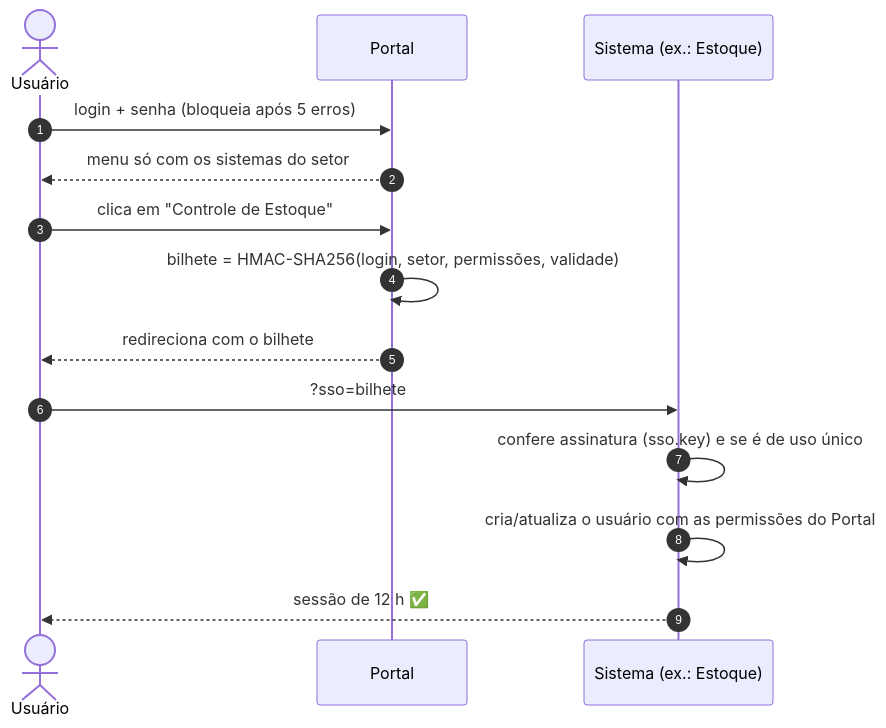
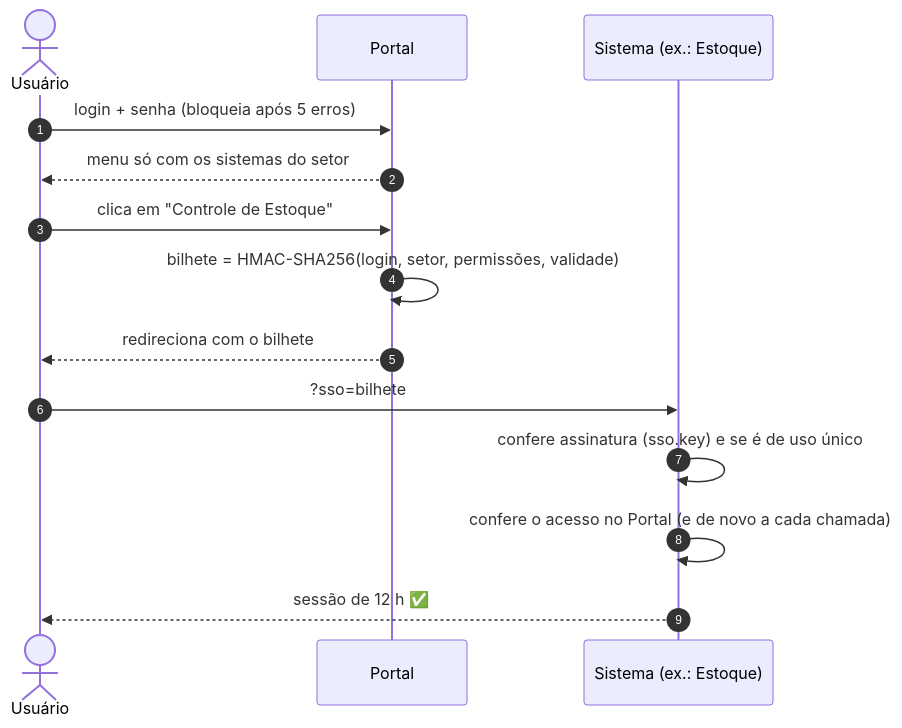
The second of 6 diagrams in profile/README.md (Grupo-Feheros/.github), drawn with Mermaid before and after one commit. The commit also changed other lines of this file, not shown here.

Commit message:
README: o Portal é a central de usuários e acessos

````diff
--- a/profile/README.md
+++ b/profile/README.md
@@ -112,16 +112,16 @@
 ```mermaid
 sequenceDiagram
     autonumber
     actor U as Usuário
     participant P as Portal
     participant S as Sistema (ex.: Estoque)
     U->>P: login + senha (bloqueia após 5 erros)
     P-->>U: menu só com os sistemas do setor
     U->>P: clica em "Controle de Estoque"
     P->>P: bilhete = HMAC-SHA256(login, setor, permissões, validade)
     P-->>U: redireciona com o bilhete
     U->>S: ?sso=bilhete
     S->>S: confere assinatura (sso.key) e se é de uso único
-    S->>S: cria/atualiza o usuário com as permissões do Portal
+    S->>S: confere o acesso no Portal (e de novo a cada chamada)
     S-->>U: sessão de 12 h ✅
 ```
````
